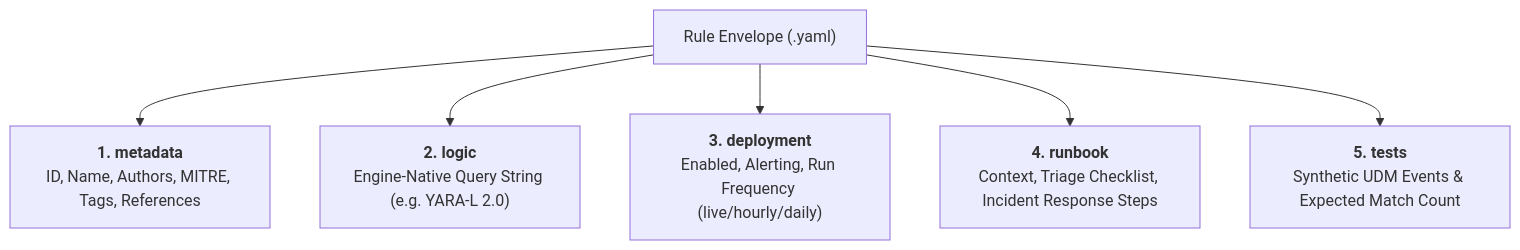
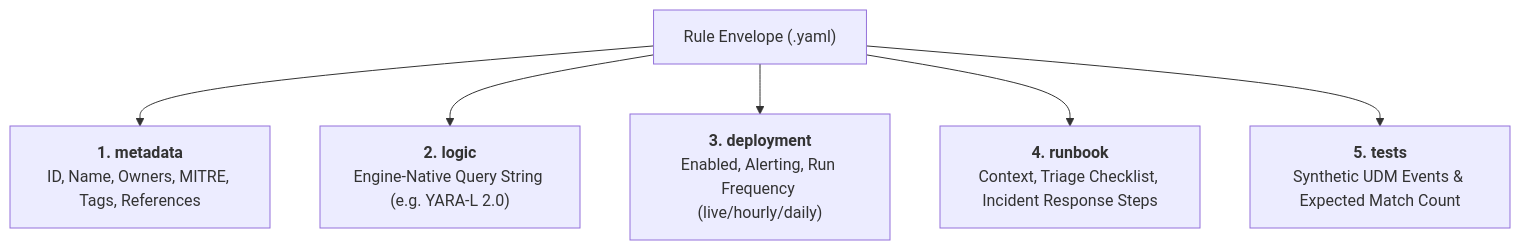
Before and after one commit to lopes/graft: the first of 2 diagrams in docs/analysts/rule_authoring.md, drawn with Mermaid. The commit also changed other lines of this file and 4 other files, not shown here.

Commit message:
docs: document metadata.owners, required schema fields, and priority/severity rationale

````diff
--- a/docs/analysts/rule_authoring.md
+++ b/docs/analysts/rule_authoring.md
@@ -9,9 +9,9 @@
 ```mermaid
 flowchart TD
     ROOT["Rule Envelope (.yaml)"]
-    ROOT --> B1["<b>1. metadata</b><br/>ID, Name, Authors, MITRE, Tags, References"]
+    ROOT --> B1["<b>1. metadata</b><br/>ID, Name, Owners, MITRE, Tags, References"]
     ROOT --> B2["<b>2. logic</b><br/>Engine-Native Query String (e.g. YARA-L 2.0)"]
     ROOT --> B3["<b>3. deployment</b><br/>Enabled, Alerting, Run Frequency (live/hourly/daily)"]
     ROOT --> B4["<b>4. runbook</b><br/>Context, Triage Checklist, Incident Response Steps"]
     ROOT --> B5["<b>5. tests</b><br/>Synthetic UDM Events & Expected Match Count"]
 ```
````
